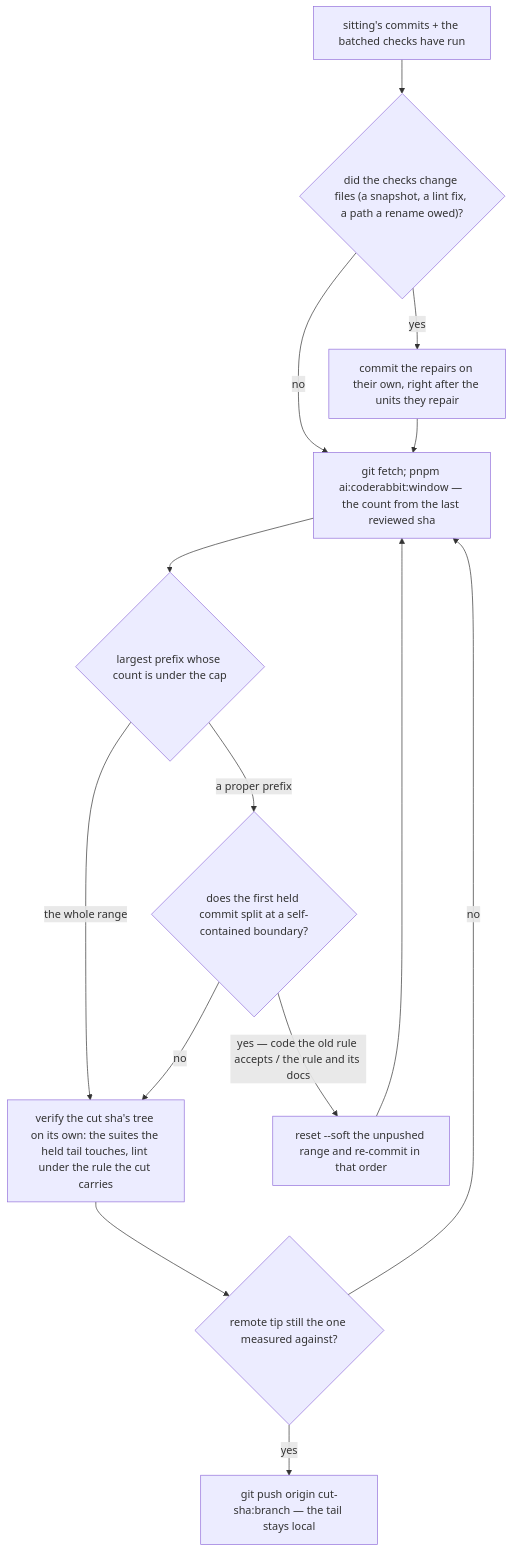
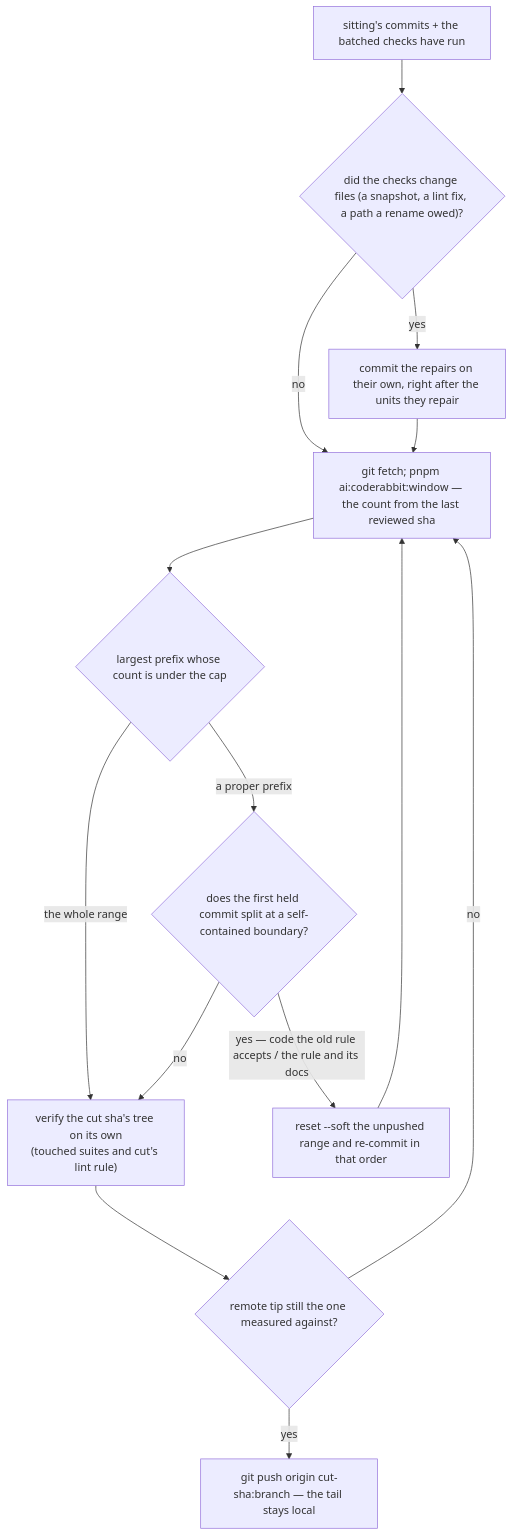
One commit to Esposter/Esposter changed the diagram in .agents/skills/coderabbit/references/window-composition.md. Above: the diagram before and after it, drawn with Mermaid. The commit also changed 1 other file, not shown here.

Commit message:
docs(coderabbit): scope push verification and fit diagram label

````diff
--- a/.agents/skills/coderabbit/references/window-composition.md
+++ b/.agents/skills/coderabbit/references/window-composition.md
@@ -15,16 +15,16 @@
 ```mermaid
 flowchart TD
   S["sitting's commits + the batched checks have run"] --> R{"did the checks change files (a snapshot, a lint fix, a path a rename owed)?"}
   R -->|"yes"| RC["commit the repairs on their own, right after the units they repair"]
   R -->|"no"| M
   RC --> M["git fetch; pnpm ai:coderabbit:window — the count from the last reviewed sha"]
   M --> G{"largest prefix whose count is under the cap"}
   G -->|"the whole range"| V
   G -->|"a proper prefix"| SP{"does the first held commit split at a self-contained boundary?"}
   SP -->|"yes — code the old rule accepts / the rule and its docs"| RS["reset --soft the unpushed range and re-commit in that order"]
   SP -->|"no"| V
   RS --> M
-  V["verify the cut sha's tree on its own: the suites the held tail touches, lint under the rule the cut carries"] --> T{"remote tip still the one measured against?"}
+  V["verify the cut sha's tree on its own<br/>(touched suites and cut's lint rule)"] --> T{"remote tip still the one measured against?"}
   T -->|"no"| M
   T -->|"yes"| P["git push origin cut-sha:branch — the tail stays local"]
 ```
````
